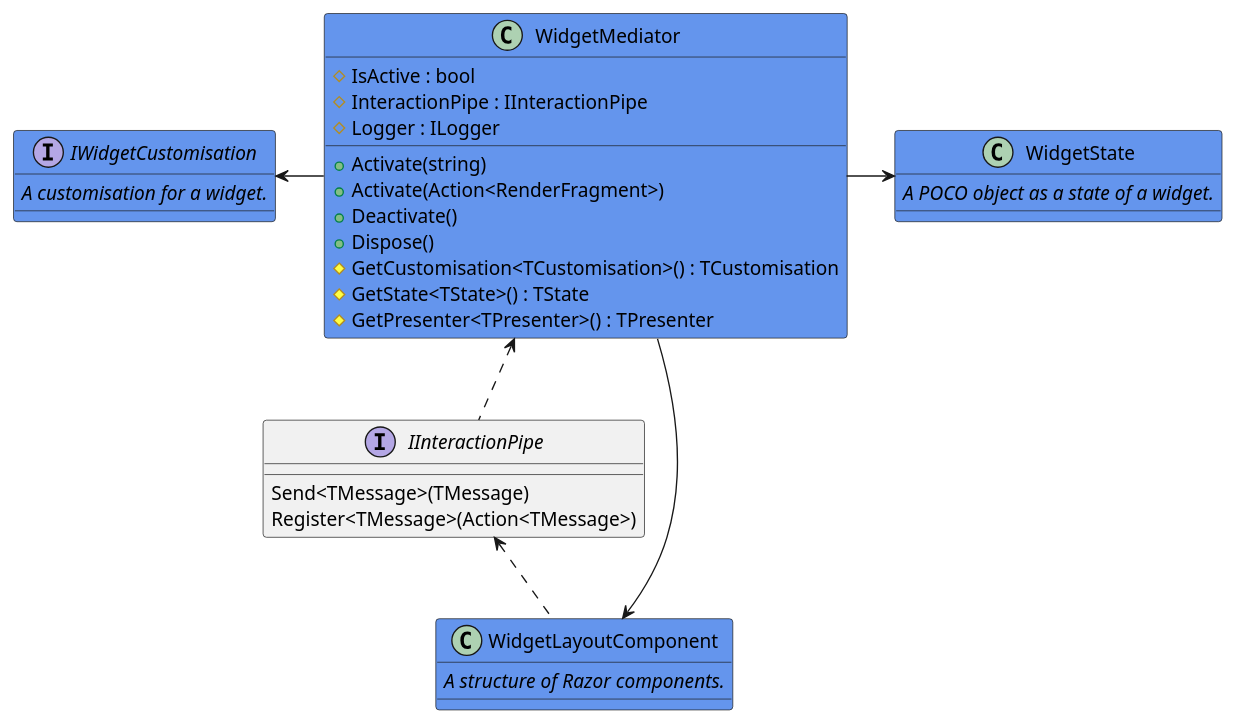
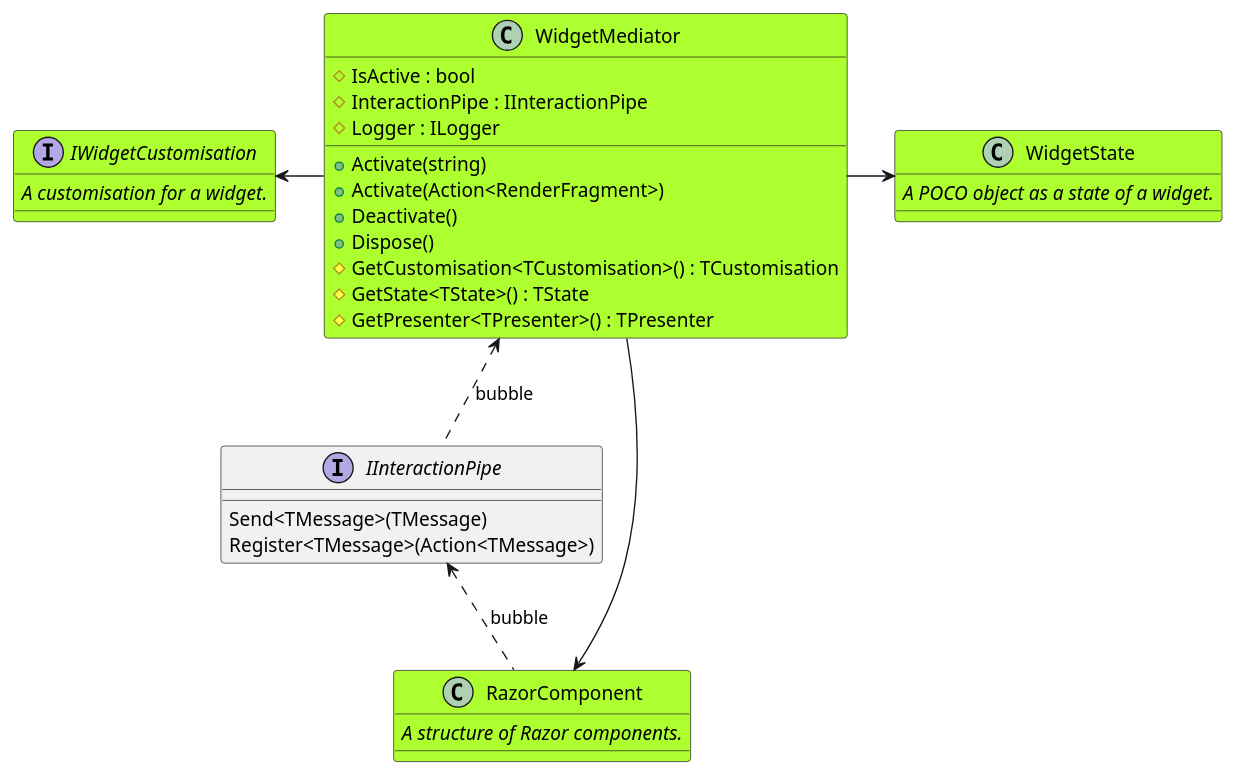
The third of 10 diagrams in docs/diagrams.puml (akobr/blazor.widgetised), drawn with PlantUML before and after one commit. The commit also changed other lines of this file and 13 other files, not shown here.

Commit message:
documentation of architecture

```diff
--- a/docs/diagrams.puml
+++ b/docs/diagrams.puml
@@ -74,40 +74,40 @@
 @startuml architecture-widget
 
-class WidgetMediator #CornflowerBlue {
+class WidgetMediator #GreenYellow {
     #IsActive : bool
     #InteractionPipe : IInteractionPipe
     #Logger : ILogger
     +Activate(string)
     +Activate(Action<RenderFragment>)
     +Deactivate()
     +Dispose()
     #GetCustomisation<TCustomisation>() : TCustomisation
     #GetState<TState>() : TState
     #GetPresenter<TPresenter>() : TPresenter
 }
 
 interface IInteractionPipe {
     Send<TMessage>(TMessage)
     Register<TMessage>(Action<TMessage>)
 }
 
-interface IWidgetCustomisation #CornflowerBlue {
+interface IWidgetCustomisation #GreenYellow {
     <i>A customisation for a widget.</i>
 }
 
-class WidgetState #CornflowerBlue {
+class WidgetState #GreenYellow {
     <i>A POCO object as a state of a widget.</i>
 }
 
-class WidgetLayoutComponent #CornflowerBlue {
+class RazorComponent #GreenYellow {
     <i>A structure of Razor components.</i>
 }
 
 
-WidgetMediator ---> WidgetLayoutComponent
+WidgetMediator ---> RazorComponent
 IWidgetCustomisation <- WidgetMediator
 WidgetMediator -> WidgetState
-WidgetMediator <.. IInteractionPipe
-IInteractionPipe <.. WidgetLayoutComponent
+WidgetMediator <.. IInteractionPipe : bubble
+IInteractionPipe <.. RazorComponent : bubble
 
 @enduml
```
